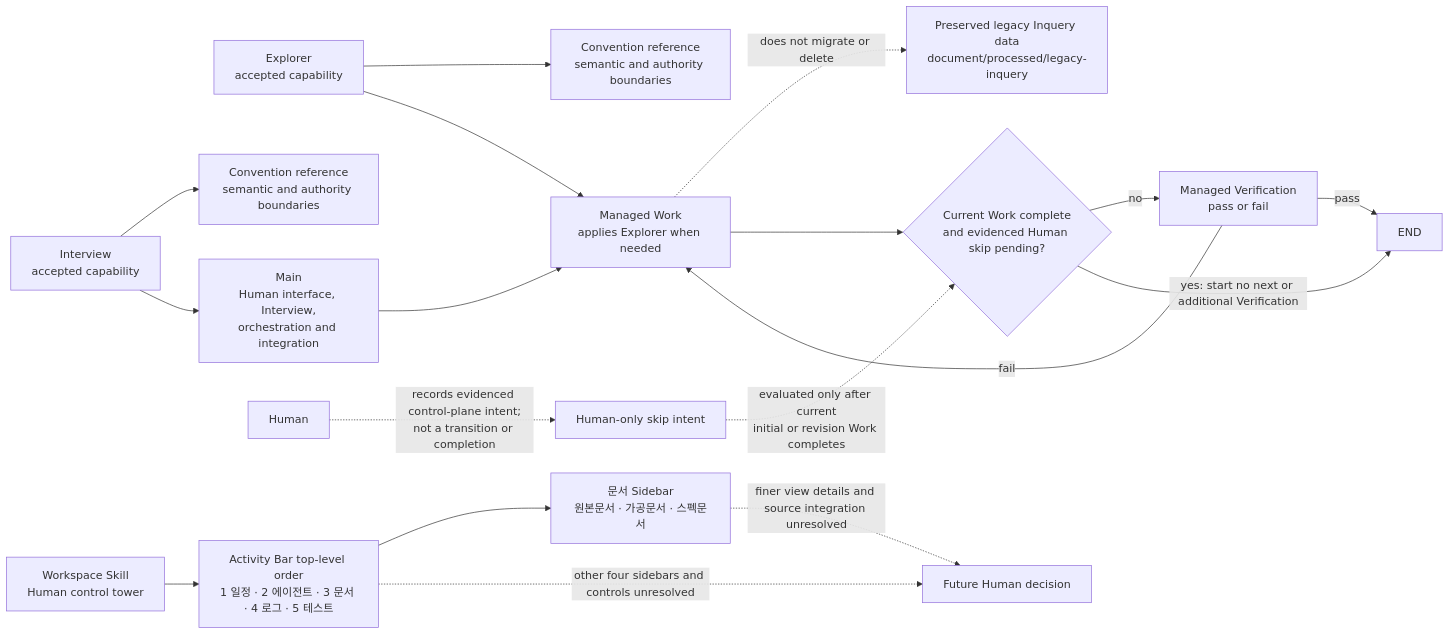
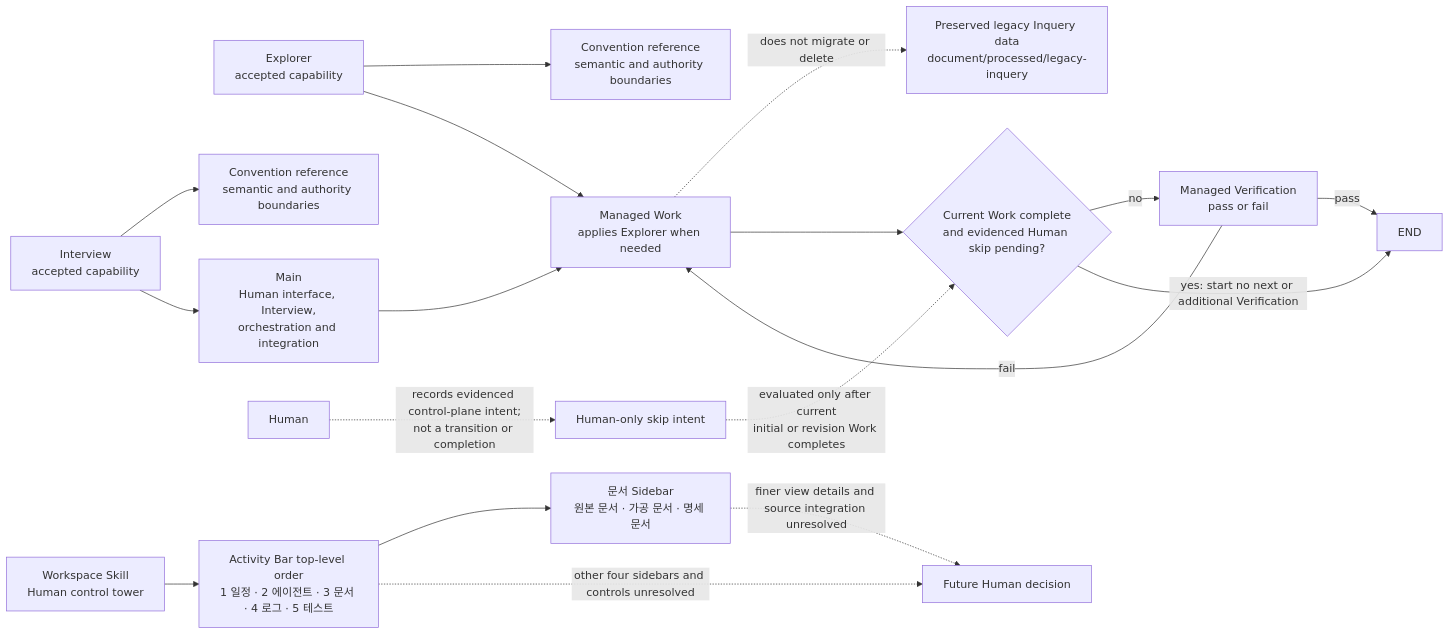
The fifth of 9 diagrams in skills/convention/references/diagrams.md (KoreanLeeChangHyun/agent-factory-codex-plugin), drawn with Mermaid before and after one commit. The commit also changed other lines of this file and 19 other files, not shown here.

````diff
--- a/skills/convention/references/diagrams.md
+++ b/skills/convention/references/diagrams.md
@@ -124,31 +124,31 @@
 ```mermaid
 flowchart LR
     accTitle: Current Agent Factory execution relationships
     accDescr: Main delegates Work, Verification returns pass or fail, and evidenced Human skip intent is applied only after current Work completes without starting another Verification.
     Explorer[Explorer<br/>accepted capability]
     ExplorerConvention[Convention reference<br/>semantic and authority boundaries]
     Legacy[Preserved legacy Inquery data<br/>document/processed/legacy-inquery]
     Work[Managed Work<br/>applies Explorer when needed]
     Explorer --> ExplorerConvention
     Explorer --> Work
     Work -. does not migrate or delete .-> Legacy
     Interview[Interview<br/>accepted capability]
     InterviewConvention[Convention reference<br/>semantic and authority boundaries]
     Main[Main<br/>Human interface, Interview,<br/>orchestration and integration]
     Verification[Managed Verification<br/>pass or fail]
     Interview --> InterviewConvention
     Interview --> Main
     Main --> Work
     Work --> SkipDecision{Current Work complete<br/>and evidenced Human skip pending?}
     Human[Human] -. records evidenced control-plane intent;<br/>not a transition or completion .-> SkipIntent[Human-only skip intent]
     SkipIntent -. evaluated only after current<br/>initial or revision Work completes .-> SkipDecision
     SkipDecision -->|no| Verification
     SkipDecision -->|yes: start no next or additional Verification| End
     Verification -->|fail| Work
     Verification -->|pass| End[END]
     Workspace[Workspace Skill<br/>Human control tower]
     Workspace --> Activities[Activity Bar top-level order<br/>1 일정 · 2 에이전트 · 3 문서 · 4 로그 · 5 테스트]
-    Activities --> DocumentSidebar[문서 Sidebar<br/>원본문서 · 가공문서 · 스펙문서]
+    Activities --> DocumentSidebar[문서 Sidebar<br/>원본 문서 · 가공 문서 · 명세 문서]
     DocumentSidebar -. finer view details and source integration unresolved .-> HumanDecision[Future Human decision]
     Activities -. other four sidebars and controls unresolved .-> HumanDecision
 ```
````
